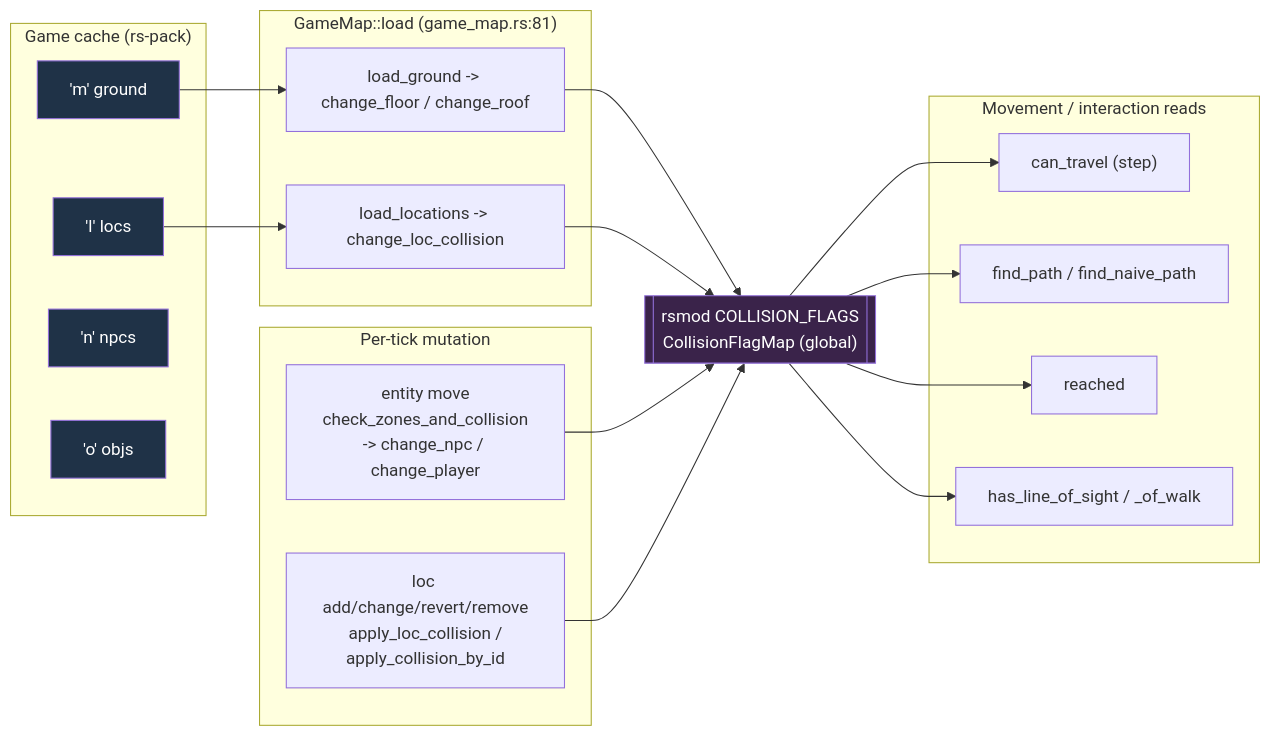
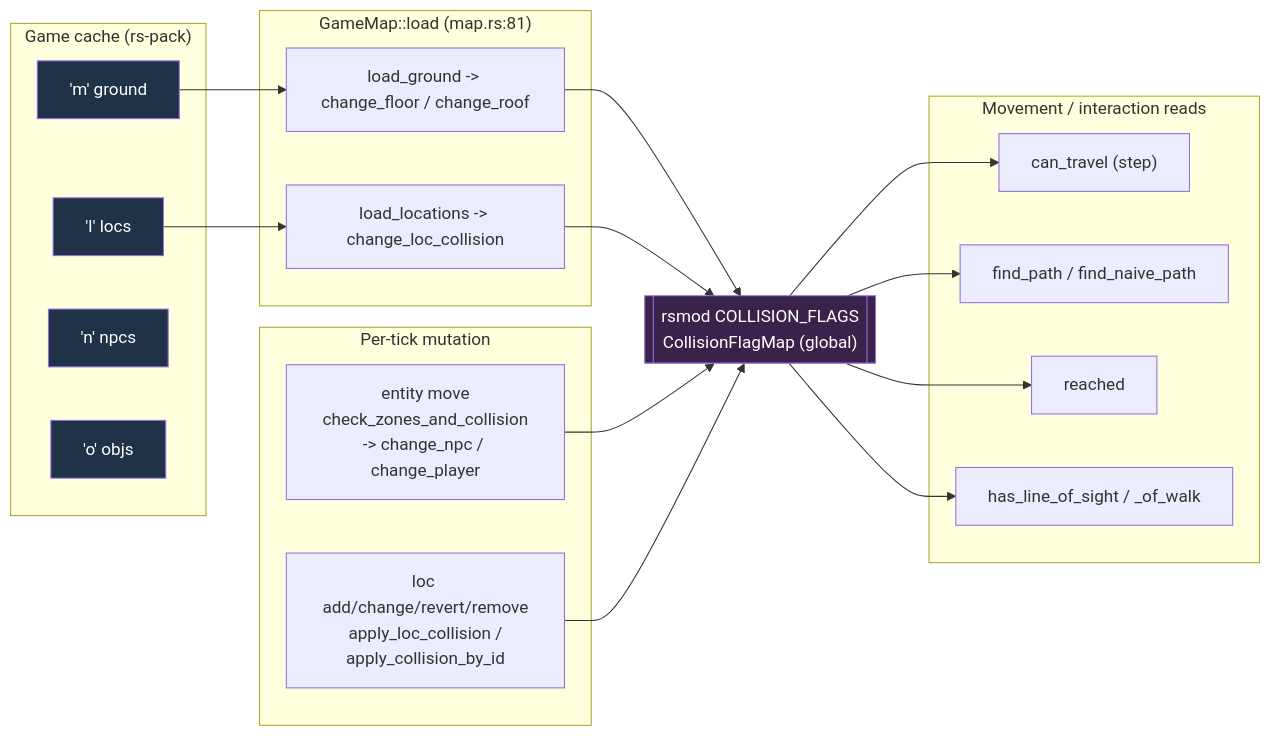
Diagram 11 of 12 in rs-engine/docs/part-03-spatial-world-and-entities.md (RustCityRS/rs-majula), drawn with Mermaid before and after one commit. The commit also changed other lines of this file and 92 other files, not shown here.

````diff
--- a/rs-engine/docs/part-03-spatial-world-and-entities.md
+++ b/rs-engine/docs/part-03-spatial-world-and-entities.md
@@ -1563,34 +1563,34 @@
 ```mermaid
 flowchart LR
   subgraph cache["Game cache (rs-pack)"]
     M["'m' ground"]:::c
     L["'l' locs"]:::c
     N["'n' npcs"]:::c
     O["'o' objs"]:::c
   end
-  subgraph load["GameMap::load (game_map.rs:81)"]
+  subgraph load["GameMap::load (map.rs:81)"]
     LG["load_ground -> change_floor / change_roof"]
     LL["load_locations -> change_loc_collision"]
   end
   CFM[["rsmod COLLISION_FLAGS\nCollisionFlagMap (global)"]]:::g
   M --> LG --> CFM
   L --> LL --> CFM
   subgraph runtime["Per-tick mutation"]
     MV["entity move\ncheck_zones_and_collision\n-> change_npc / change_player"]
     LOC["loc add/change/revert/remove\napply_loc_collision /\napply_collision_by_id"]
   end
   MV --> CFM
   LOC --> CFM
   subgraph query["Movement / interaction reads"]
     CT["can_travel (step)"]
     FP["find_path / find_naive_path"]
     RE["reached"]
     LOS["has_line_of_sight / _of_walk"]
   end
   CFM --> CT
   CFM --> FP
   CFM --> RE
   CFM --> LOS
   classDef c fill:#1f3247,color:#fff;
   classDef g fill:#3a234a,color:#fff;
 ```
````
